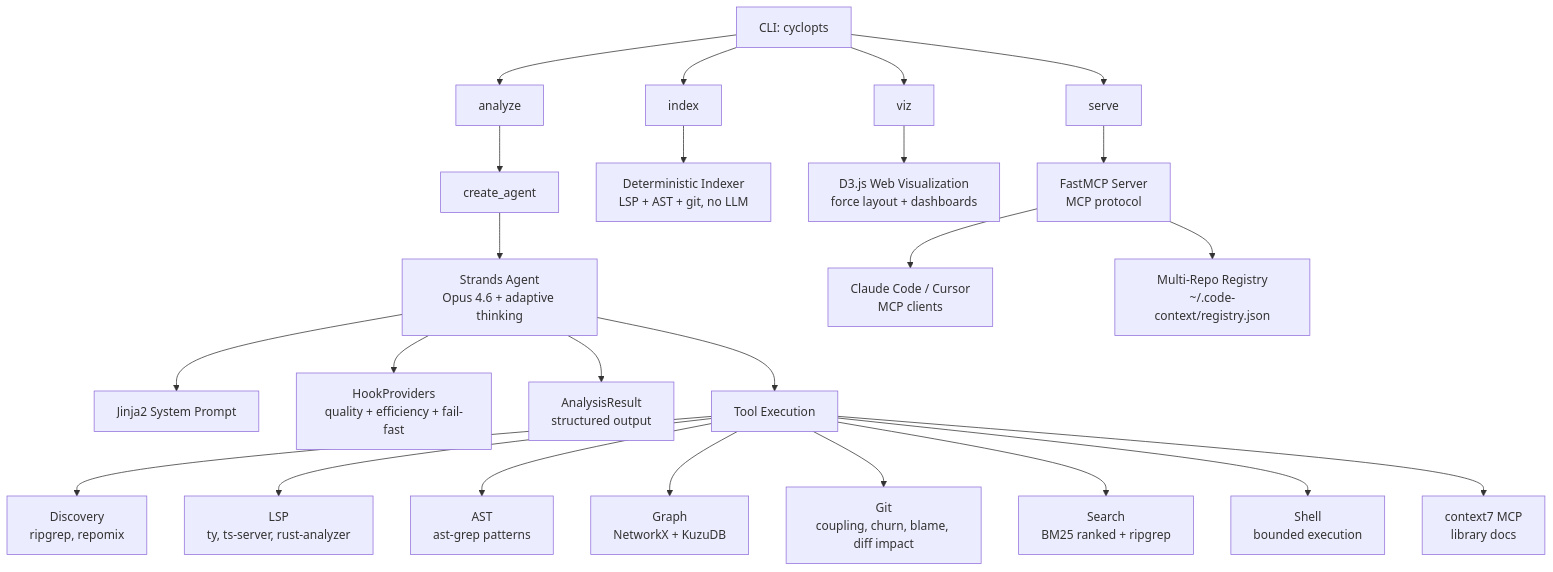
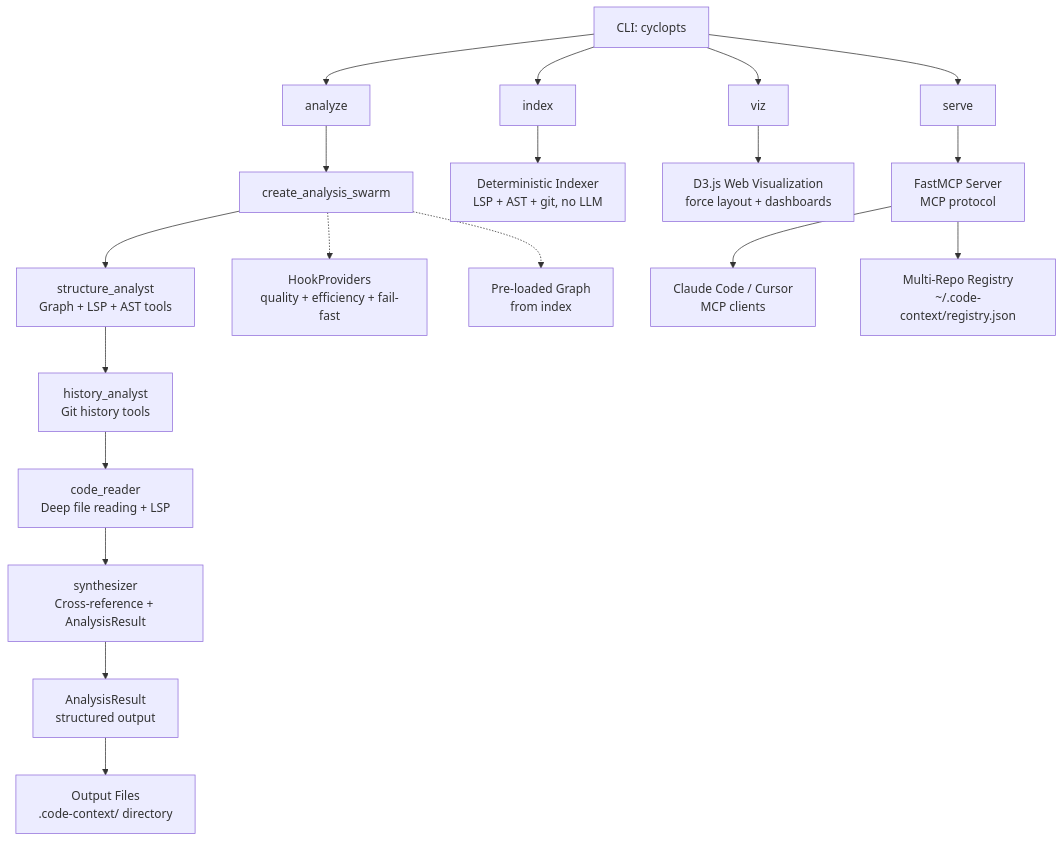
The diagram in README.md (theagenticguy/code-context-agent), drawn with Mermaid before and after one commit. The commit also changed 16 other files, not shown here.

````diff
--- a/README.md
+++ b/README.md
@@ -81,26 +81,21 @@
 ```mermaid
 flowchart TD
     A[CLI: cyclopts] --> B1[analyze]
     A --> B2[index]
     A --> B3[viz]
     A --> B4[serve]
-    B1 --> C[create_agent]
+    B1 --> SW[create_analysis_swarm]
     B2 --> IX[Deterministic Indexer<br/>LSP + AST + git, no LLM]
     B3 --> VZ[D3.js Web Visualization<br/>force layout + dashboards]
-    C --> D[Strands Agent<br/>Opus 4.6 + adaptive thinking]
-    D --> E[Jinja2 System Prompt]
-    D --> F[HookProviders<br/>quality + efficiency + fail-fast]
-    D --> G[AnalysisResult<br/>structured output]
-    D --> H[Tool Execution]
-    H --> I[Discovery<br/>ripgrep, repomix]
-    H --> J[LSP<br/>ty, ts-server, rust-analyzer]
-    H --> K[AST<br/>ast-grep patterns]
-    H --> L[Graph<br/>NetworkX + KuzuDB]
-    H --> M[Git<br/>coupling, churn, blame, diff impact]
-    H --> N[Search<br/>BM25 ranked + ripgrep]
-    H --> O[Shell<br/>bounded execution]
-    H --> P[context7 MCP<br/>library docs]
+    SW --> SA[structure_analyst<br/>Graph + LSP + AST tools]
+    SA --> HA[history_analyst<br/>Git history tools]
+    HA --> CR[code_reader<br/>Deep file reading + LSP]
+    CR --> SY[synthesizer<br/>Cross-reference + AnalysisResult]
+    SY --> G[AnalysisResult<br/>structured output]
+    G --> O[Output Files<br/>.code-context/ directory]
+    SW -.-> F[HookProviders<br/>quality + efficiency + fail-fast]
+    SW -.-> GP[Pre-loaded Graph<br/>from index]
     B4 --> Q[FastMCP Server<br/>MCP protocol]
     Q --> R[Claude Code / Cursor<br/>MCP clients]
     Q --> REG[Multi-Repo Registry<br/>~/.code-context/registry.json]
 ```
````
